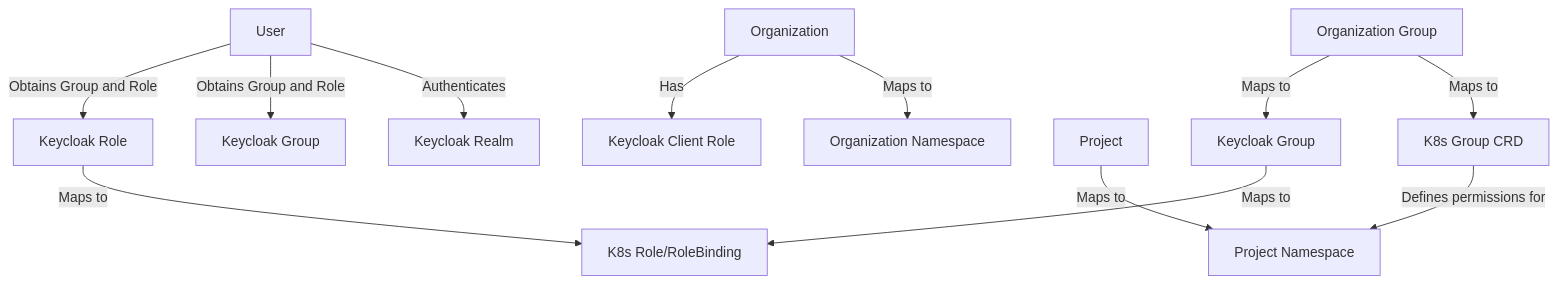
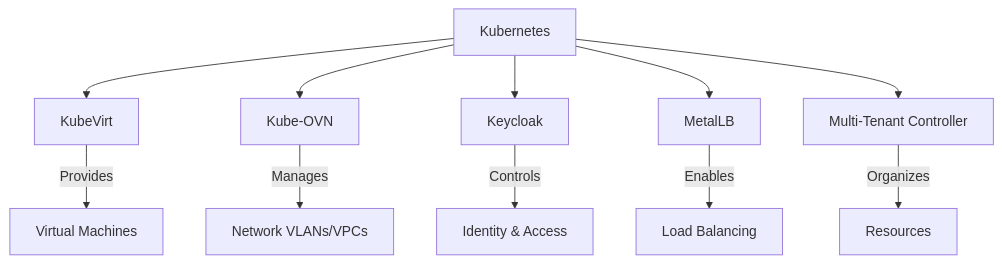
One commit to kube-dc/kube-dc-public changed the diagram in docs/architecture-overview.md. Above: the diagram before and after it, drawn with Mermaid. The commit also changed other lines of this file and 3 other files, not shown here.

````diff
--- a/docs/architecture-overview.md
+++ b/docs/architecture-overview.md
@@ -15,19 +9,14 @@
 ```mermaid
 graph TD
-    User[User] -->|Authenticates| KC[Keycloak Realm]
-    User -->|Obtains Group and Role| KCG[Keycloak Group]
-    User -->|Obtains Group and Role| KCR[Keycloak Role]
+    K8s[Kubernetes] --> KubeVirt[KubeVirt]    
+    K8s --> KubeOVN[Kube-OVN]    
+    K8s --> Keycloak[Keycloak]    
+    K8s --> MetalLB[MetalLB]    
+    K8s --> MultiTenant[Multi-Tenant Controller]
     
-    ORG[Organization] -->|Maps to| ORGNS[Organization Namespace]
-    ORG -->|Has| KCRC[Keycloak Client Role]
-    
-    PROJ[Project] -->|Maps to| PNS[Project Namespace]
-    
-    ORGGRP[Organization Group] -->|Maps to| K8GRPCRD[K8s Group CRD]
-    ORGGRP -->|Maps to| KCGRP[Keycloak Group]
-    
-    KCGRP -->|Maps to| K8SROLE[K8s Role/RoleBinding]
-    KCR -->|Maps to| K8SROLE
-    
-    K8GRPCRD -->|Defines permissions for| PNS
+    KubeVirt -->|Provides| VMs[Virtual Machines]
+    KubeOVN -->|Manages| Networking[Network VLANs/VPCs]
+    Keycloak -->|Controls| IAM[Identity & Access]
+    MetalLB -->|Enables| LoadBalancing[Load Balancing]
+    MultiTenant -->|Organizes| Resources[Resources]
 ```
````
